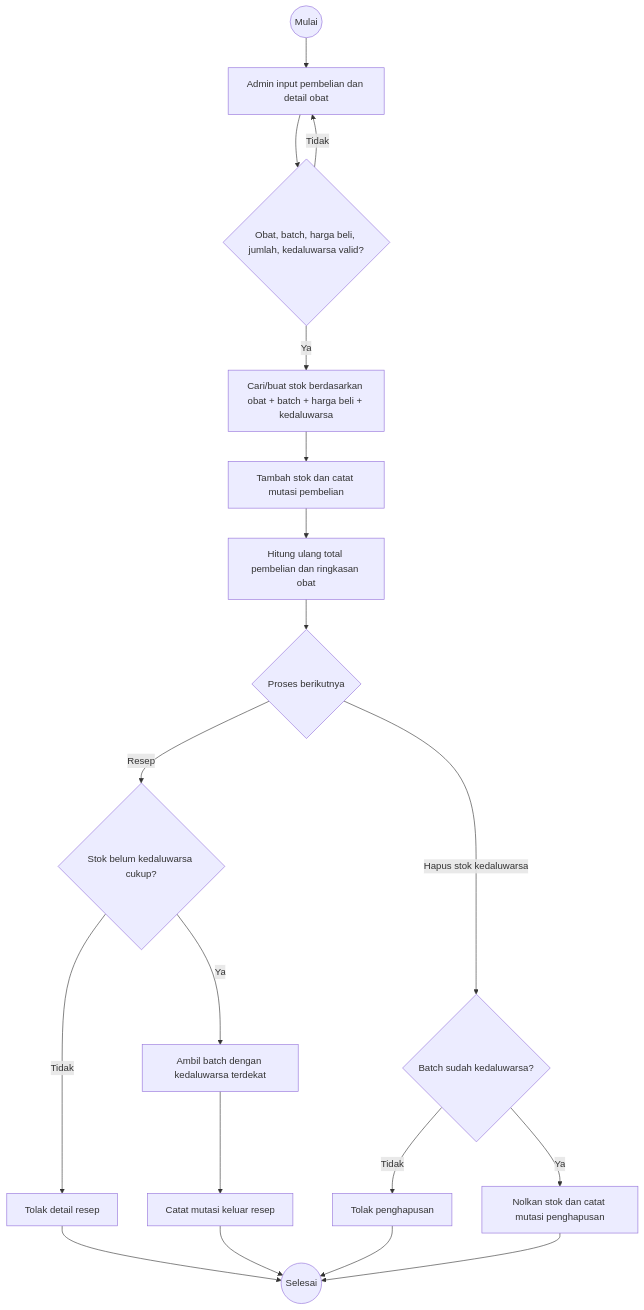
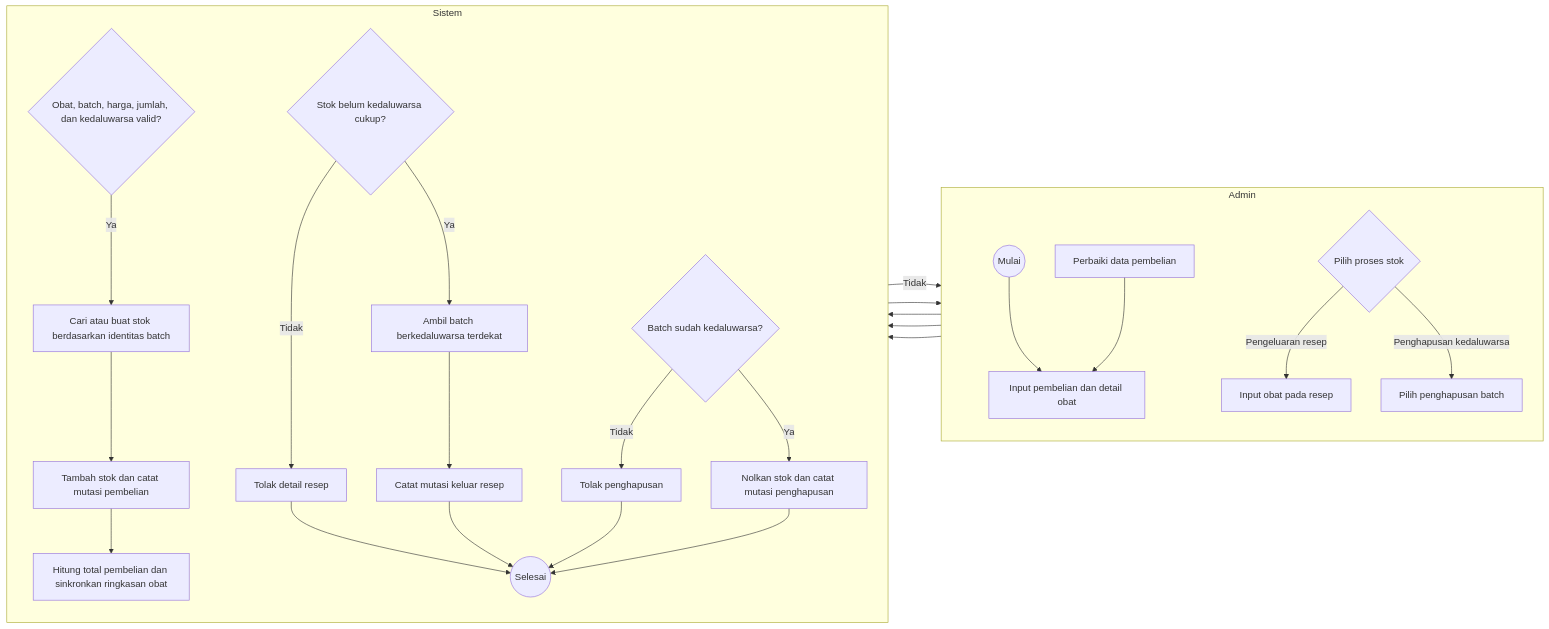
Before and after one commit to Faathir81/Sistem-Informasi-Klinik: the sixth of 7 diagrams in dokumentasi/spesifikasi-proyek/activity-diagrams.md, drawn with Mermaid. The commit also changed other lines of this file, not shown here.

Commit message:
docs: align project specifications and add swimlane activity diagrams

````diff
--- a/dokumentasi/spesifikasi-proyek/activity-diagrams.md
+++ b/dokumentasi/spesifikasi-proyek/activity-diagrams.md
@@ -122,17 +233,38 @@
 ```mermaid
-flowchart TD
-    start((Mulai)) --> input[Admin input pembelian dan detail obat]
-    input --> valid{Obat, batch, harga beli, jumlah, kedaluwarsa valid?}
-    valid -- Tidak --> input
-    valid -- Ya --> batch[Cari/buat stok berdasarkan obat + batch + harga beli + kedaluwarsa]
-    batch --> add[Tambah stok dan catat mutasi pembelian]
-    add --> totals[Hitung ulang total pembelian dan ringkasan obat]
-    totals --> choice{Proses berikutnya}
-    choice -- Resep --> available{Stok belum kedaluwarsa cukup?}
-    available -- Tidak --> reject[Tolak detail resep] --> finish((Selesai))
-    available -- Ya --> fefo[Ambil batch dengan kedaluwarsa terdekat]
-    fefo --> out[Catat mutasi keluar resep] --> finish
-    choice -- Hapus stok kedaluwarsa --> expired{Batch sudah kedaluwarsa?}
-    expired -- Tidak --> rejectExpiry[Tolak penghapusan] --> finish
-    expired -- Ya --> zero[Nolkan stok dan catat mutasi penghapusan] --> finish
+flowchart LR
+    subgraph adminLane["Admin"]
+        direction TB
+        start((Mulai))
+        input[Input pembelian dan detail obat]
+        revise[Perbaiki data pembelian]
+        choice{Pilih proses stok}
+        recipe[Input obat pada resep]
+        remove[Pilih penghapusan batch]
+    end
+
+    subgraph sistemLane["Sistem"]
+        direction TB
+        valid{Obat, batch, harga, jumlah, dan kedaluwarsa valid?}
+        batch[Cari atau buat stok berdasarkan identitas batch]
+        add[Tambah stok dan catat mutasi pembelian]
+        totals[Hitung total pembelian dan sinkronkan ringkasan obat]
+        available{Stok belum kedaluwarsa cukup?}
+        reject[Tolak detail resep]
+        fefo[Ambil batch berkedaluwarsa terdekat]
+        out[Catat mutasi keluar resep]
+        expired{Batch sudah kedaluwarsa?}
+        rejectExpiry[Tolak penghapusan]
+        zero[Nolkan stok dan catat mutasi penghapusan]
+        finish((Selesai))
+    end
+
+    start --> input --> valid
+    valid -- Tidak --> revise --> input
+    valid -- Ya --> batch --> add --> totals --> choice
+    choice -- Pengeluaran resep --> recipe --> available
+    available -- Tidak --> reject --> finish
+    available -- Ya --> fefo --> out --> finish
+    choice -- Penghapusan kedaluwarsa --> remove --> expired
+    expired -- Tidak --> rejectExpiry --> finish
+    expired -- Ya --> zero --> finish
 ```
````
